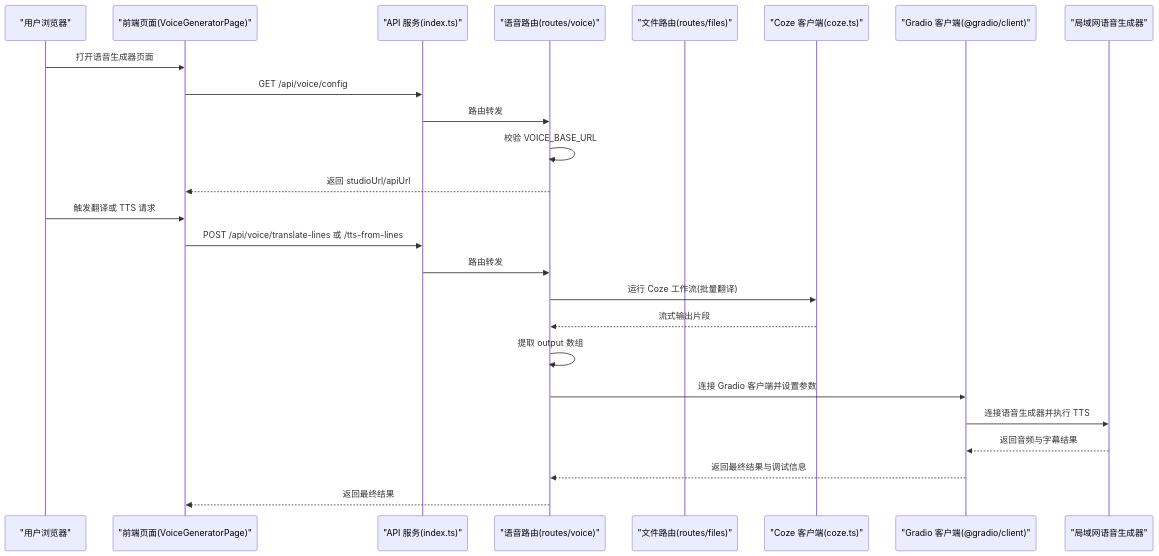
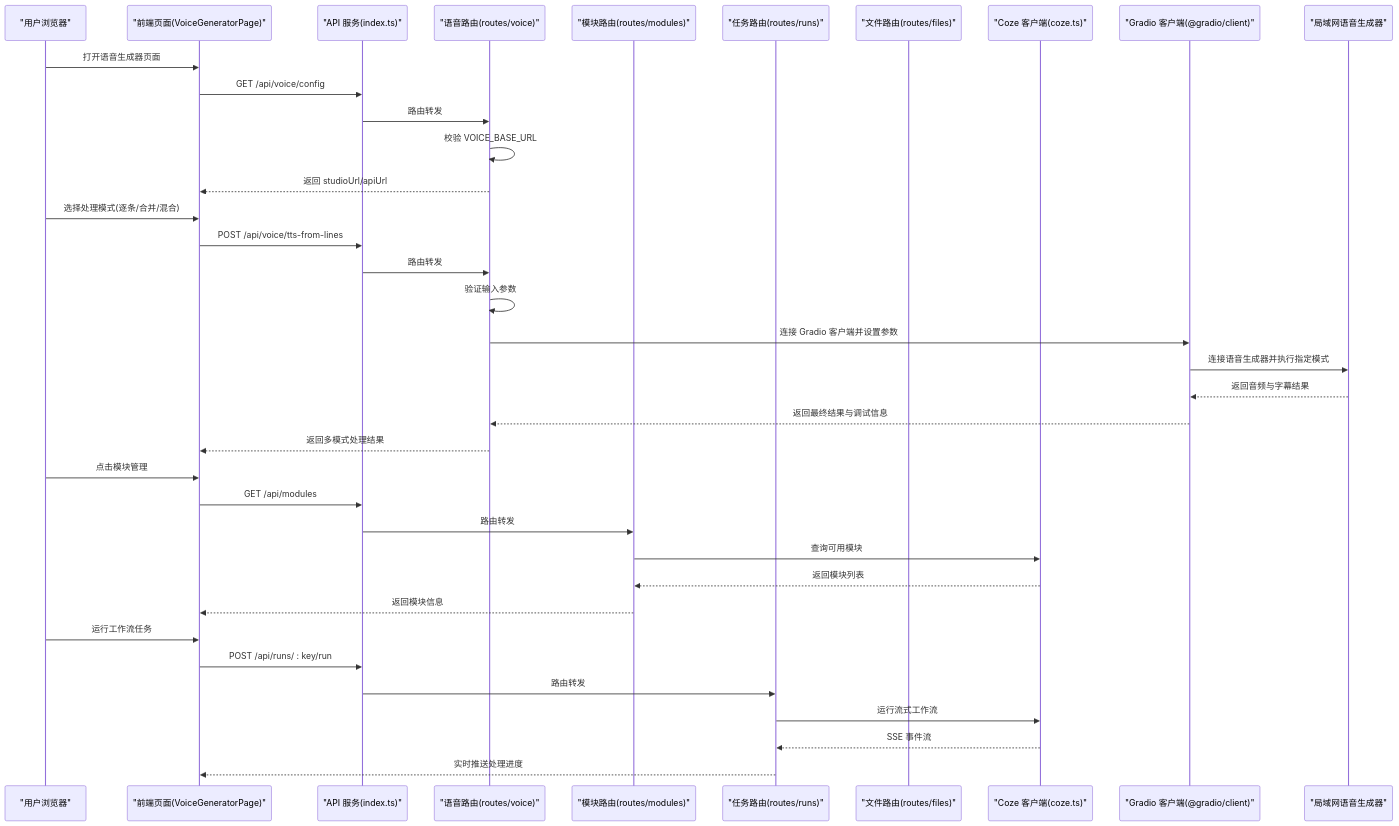
One commit to hanksd769-droid/sailshub changed the second of 4 diagrams in .qoder/repowiki/zh/content/语音生成系统.md. Above: the diagram before and after it, drawn with Mermaid. The commit also changed other lines of this file and 4 other files, not shown here.

````diff
--- a/.qoder/repowiki/zh/content/语音生成系统.md
+++ b/.qoder/repowiki/zh/content/语音生成系统.md
@@ -146,27 +155,39 @@
 ```mermaid
 sequenceDiagram
 participant U as "用户浏览器"
 participant W as "前端页面(VoiceGeneratorPage)"
 participant A as "API 服务(index.ts)"
 participant V as "语音路由(routes/voice)"
+participant M as "模块路由(routes/modules)"
+participant R as "任务路由(routes/runs)"
 participant F as "文件路由(routes/files)"
 participant C as "Coze 客户端(coze.ts)"
 participant G as "Gradio 客户端(@gradio/client)"
 participant S as "局域网语音生成器"
 U->>W : 打开语音生成器页面
 W->>A : GET /api/voice/config
 A->>V : 路由转发
 V->>V : 校验 VOICE_BASE_URL
 V-->>W : 返回 studioUrl/apiUrl
-U->>W : 触发翻译或 TTS 请求
-W->>A : POST /api/voice/translate-lines 或 /tts-from-lines
+U->>W : 选择处理模式(逐条/合并/混合)
+W->>A : POST /api/voice/tts-from-lines
 A->>V : 路由转发
-V->>C : 运行 Coze 工作流(批量翻译)
-C-->>V : 流式输出片段
-V->>V : 提取 output 数组
+V->>V : 验证输入参数
 V->>G : 连接 Gradio 客户端并设置参数
-G->>S : 连接语音生成器并执行 TTS
+G->>S : 连接语音生成器并执行指定模式
 S-->>G : 返回音频与字幕结果
 G-->>V : 返回最终结果与调试信息
-V-->>W : 返回最终结果
+V-->>W : 返回多模式处理结果
+U->>W : 点击模块管理
+W->>A : GET /api/modules
+A->>M : 路由转发
+M->>C : 查询可用模块
+C-->>M : 返回模块列表
+M-->>W : 返回模块信息
+U->>W : 运行工作流任务
+W->>A : POST /api/runs/ : key/run
+A->>R : 路由转发
+R->>C : 运行流式工作流
+C-->>R : SSE 事件流
+R-->>W : 实时推送处理进度
 ```
````
